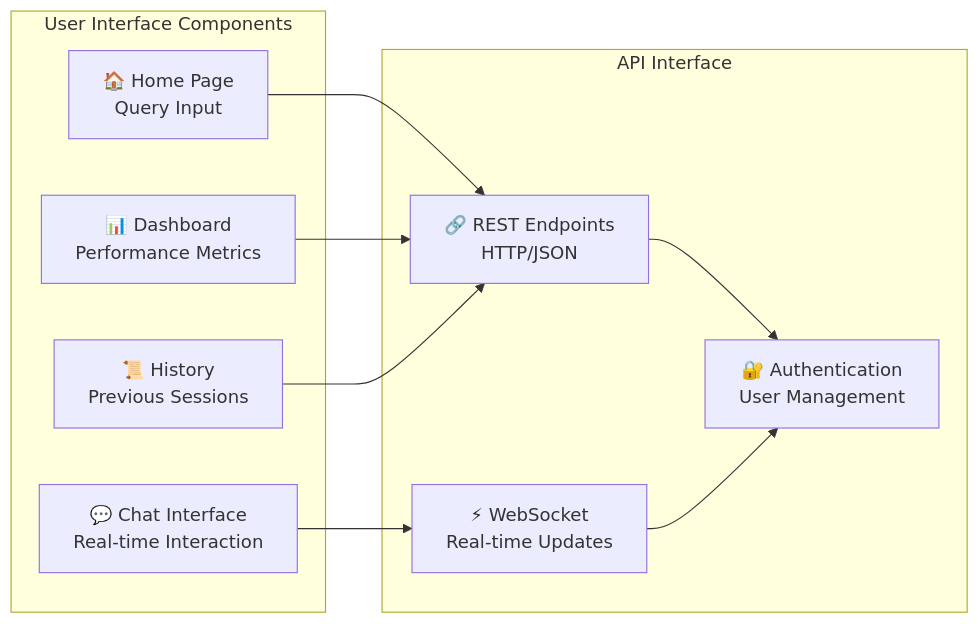
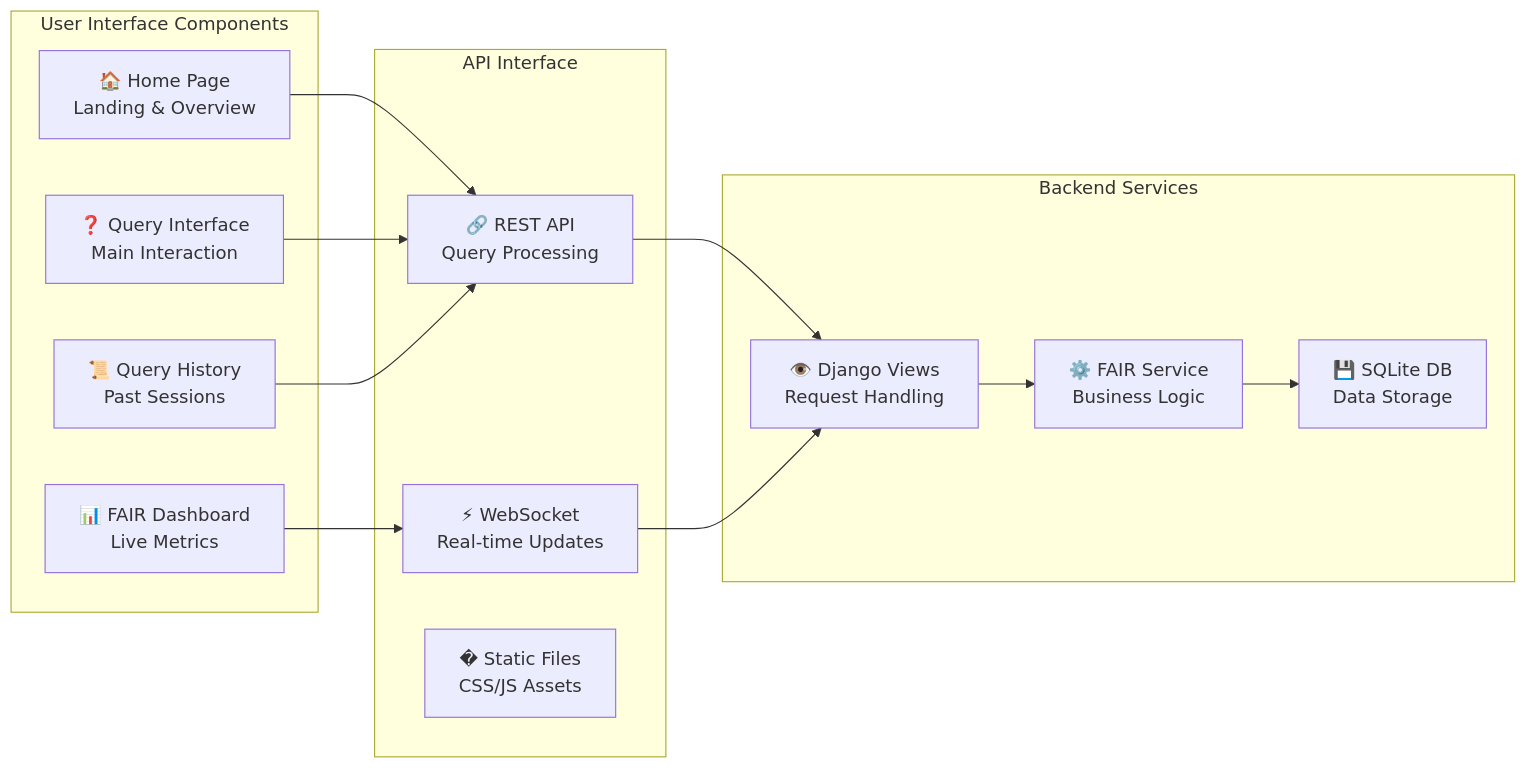
Before and after one commit to somesh-ghaturle/Fair-Agent: the third of 6 diagrams in README.md, drawn with Mermaid. The commit also changed other lines of this file, not shown here.

````diff
--- a/README.md
+++ b/README.md
@@ -280,23 +308,31 @@
 ```mermaid
 graph LR
     subgraph "User Interface Components"
-        HOME[🏠 Home Page<br/>Query Input]
-        CHAT[💬 Chat Interface<br/>Real-time Interaction]
-        DASH[📊 Dashboard<br/>Performance Metrics]
-        HIST[📜 History<br/>Previous Sessions]
+        HOME[🏠 Home Page<br/>Landing & Overview]
+        QUERY[❓ Query Interface<br/>Main Interaction]
+        DASH[📊 FAIR Dashboard<br/>Live Metrics]
+        HIST[📜 Query History<br/>Past Sessions]
     end
     
     subgraph "API Interface"
-        REST[🔗 REST Endpoints<br/>HTTP/JSON]
+        REST[🔗 REST API<br/>Query Processing]
         WS[⚡ WebSocket<br/>Real-time Updates]
-        AUTH[🔐 Authentication<br/>User Management]
+        STATIC[� Static Files<br/>CSS/JS Assets]
+    end
+    
+    subgraph "Backend Services"
+        VIEWS[👁️ Django Views<br/>Request Handling]
+        SERVICE[⚙️ FAIR Service<br/>Business Logic]
+        DB[💾 SQLite DB<br/>Data Storage]
     end
     
     HOME --> REST
-    CHAT --> WS
-    DASH --> REST
+    QUERY --> REST
+    DASH --> WS
     HIST --> REST
     
-    REST --> AUTH
-    WS --> AUTH
+    REST --> VIEWS
+    WS --> VIEWS
+    VIEWS --> SERVICE
+    SERVICE --> DB
 ```
````
